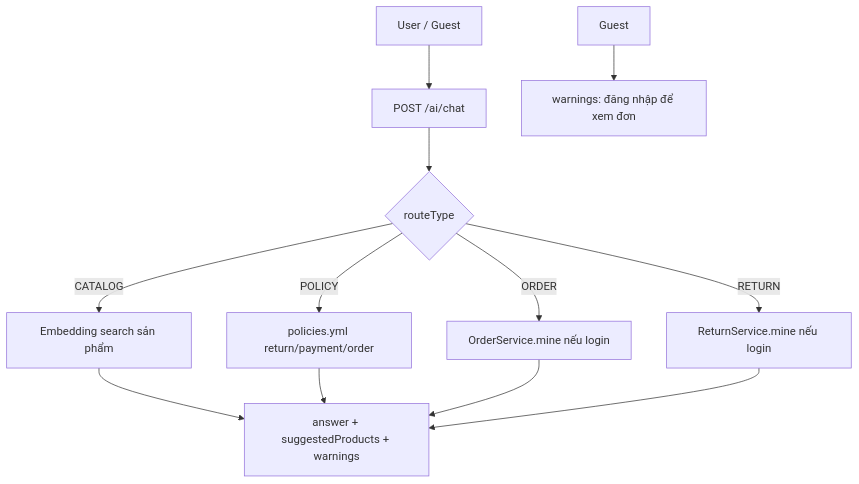
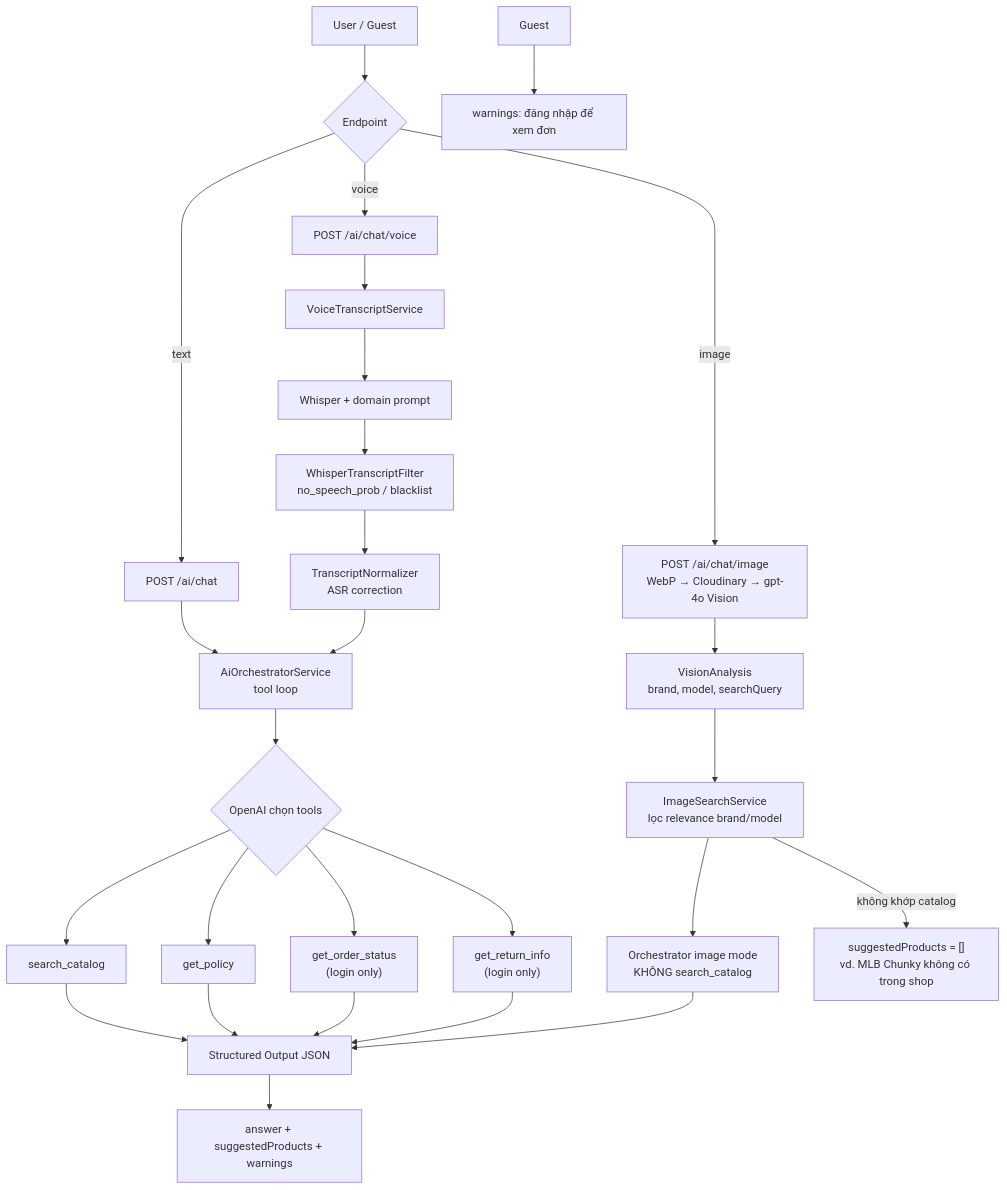
Diagram 18 of 18 in docs/FUNCTIONAL_FLOWS.md (trantuanhung1209/sole_ecommerce), drawn with Mermaid before and after one commit. The commit also changed other lines of this file and 77 other files, not shown here.

First line of the commit message:
feat(ai): add shopping copilot with voice and image search

````diff
--- a/docs/FUNCTIONAL_FLOWS.md
+++ b/docs/FUNCTIONAL_FLOWS.md
@@ -510,11 +510,26 @@
 ```mermaid
 flowchart TD
-  U["User / Guest"] --> Chat["POST /ai/chat"]
-  Chat --> Route{"routeType"}
-  Route -->|CATALOG| R1["Embedding search sản phẩm"]
-  Route -->|POLICY| R2["policies.yml return/payment/order"]
-  Route -->|ORDER| R3["OrderService.mine nếu login"]
-  Route -->|RETURN| R4["ReturnService.mine nếu login"]
-  R1 & R2 & R3 & R4 --> Ans["answer + suggestedProducts + warnings"]
+  U["User / Guest"] --> EP{"Endpoint"}
+  EP -->|text| Chat["POST /ai/chat"]
+  EP -->|voice| Voice["POST /ai/chat/voice"]
+  EP -->|image| Image["POST /ai/chat/image\nWebP → Cloudinary → gpt-4o Vision"]
+  Chat --> Orch["AiOrchestratorService\ntool loop"]
+  Voice --> VTS["VoiceTranscriptService"]
+  VTS --> W1["Whisper + domain prompt"]
+  W1 --> W2["WhisperTranscriptFilter\nno_speech_prob / blacklist"]
+  W2 --> W3["TranscriptNormalizer\nASR correction"]
+  W3 --> Orch
+  Image --> Vision["VisionAnalysis\nbrand, model, searchQuery"]
+  Vision --> ImgSearch["ImageSearchService\nlọc relevance brand/model"]
+  ImgSearch --> ImgOrch["Orchestrator image mode\nKHÔNG search_catalog"]
+  Orch --> Tools{"OpenAI chọn tools"}
+  Tools --> T1["search_catalog"]
+  Tools --> T2["get_policy"]
+  Tools --> T3["get_order_status\n(login only)"]
+  Tools --> T4["get_return_info\n(login only)"]
+  T1 & T2 & T3 & T4 --> Struct["Structured Output JSON"]
+  ImgOrch --> Struct
+  Struct --> Ans["answer + suggestedProducts + warnings"]
+  ImgSearch -->|không khớp catalog| Empty["suggestedProducts = []\nvd. MLB Chunky không có trong shop"]
   Guest --> W["warnings: đăng nhập để xem đơn"]
 ```
````
